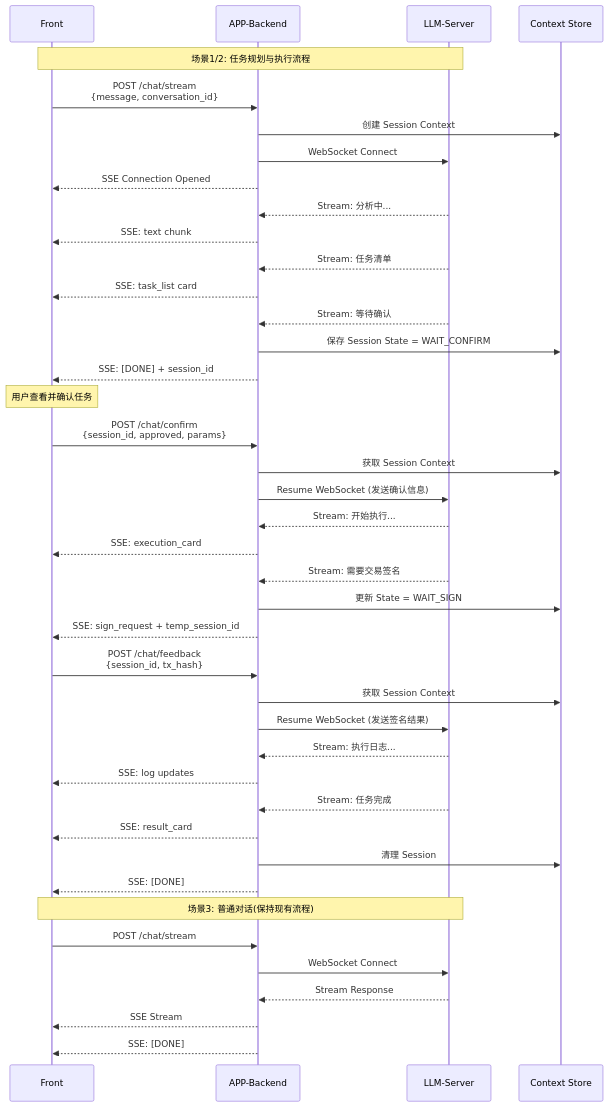
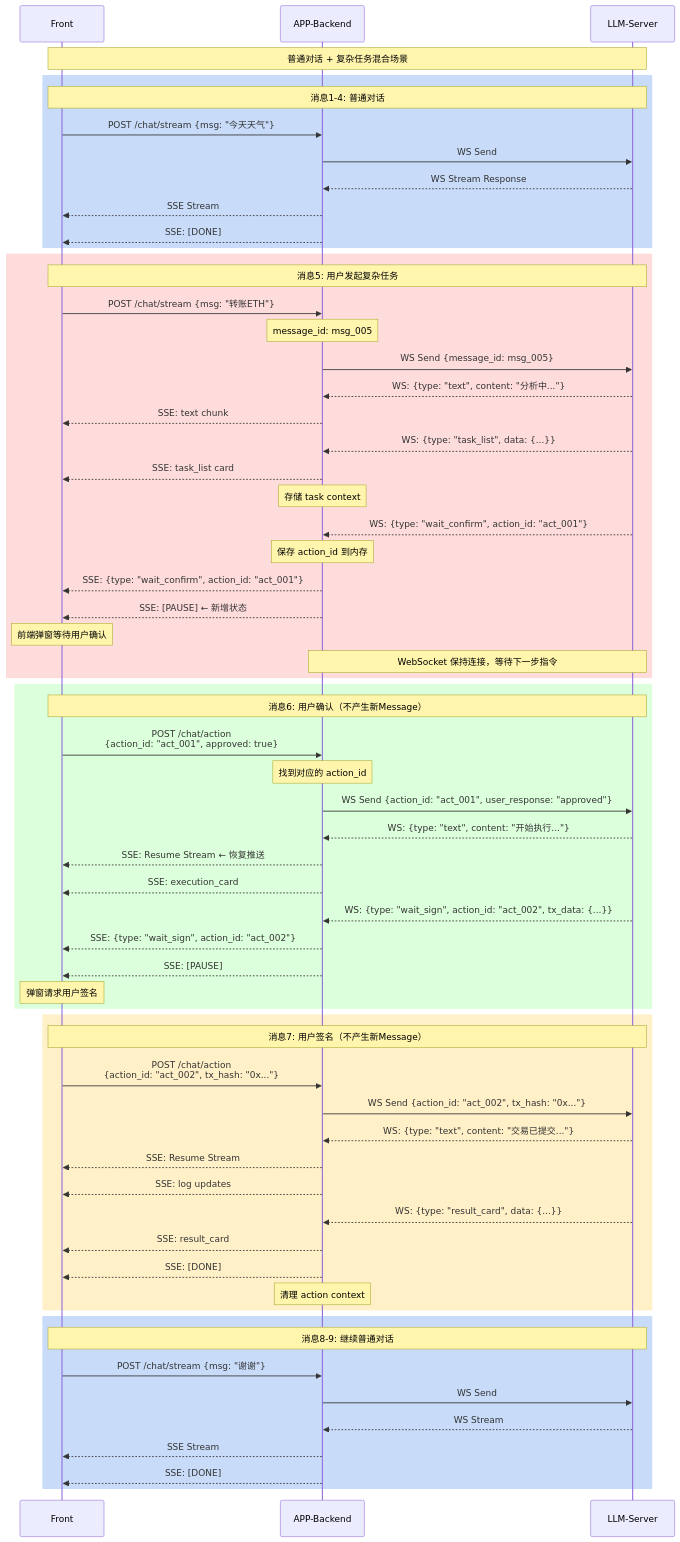
One commit to yingjianzh/iodraw-files changed the diagram in all/未命名-10.md. Above: the diagram before and after it, drawn with Mermaid.

Commit message:
2025-12-18 14:46:34 update

````diff
--- a/all/未命名-10.md
+++ b/all/未命名-10.md
@@ -1,57 +1,78 @@
 ```mermaid
 sequenceDiagram
     participant F as Front
     participant AB as APP-Backend
     participant LLM as LLM-Server
-    participant Store as Context Store
     
-    Note over F,LLM: 场景1/2: 任务规划与执行流程
+    Note over F,LLM: 普通对话 + 复杂任务混合场景
     
-    F->>AB: POST /chat/stream<br/>{message, conversation_id}
-    AB->>Store: 创建 Session Context
-    AB->>LLM: WebSocket Connect
-    AB-->>F: SSE Connection Opened
+    rect rgb(200, 220, 250)
+    Note over F,LLM: 消息1-4: 普通对话
+    F->>AB: POST /chat/stream {msg: "今天天气"}
+    AB->>LLM: WS Send
+    LLM-->>AB: WS Stream Response
+    AB-->>F: SSE Stream
+    AB-->>F: SSE: [DONE]
+    end
     
-    LLM-->>AB: Stream: 分析中...
+    rect rgb(255, 220, 220)
+    Note over F,LLM: 消息5: 用户发起复杂任务
+    F->>AB: POST /chat/stream {msg: "转账ETH"}
+    Note over AB: message_id: msg_005
+    AB->>LLM: WS Send {message_id: msg_005}
+    
+    LLM-->>AB: WS: {type: "text", content: "分析中..."}
     AB-->>F: SSE: text chunk
     
-    LLM-->>AB: Stream: 任务清单
+    LLM-->>AB: WS: {type: "task_list", data: {...}}
     AB-->>F: SSE: task_list card
+    Note over AB: 存储 task context
     
-    LLM-->>AB: Stream: 等待确认
-    AB->>Store: 保存 Session State = WAIT_CONFIRM
-    AB-->>F: SSE: [DONE] + session_id
+    LLM-->>AB: WS: {type: "wait_confirm", action_id: "act_001"}
+    Note over AB: 保存 action_id 到内存
+    AB-->>F: SSE: {type: "wait_confirm", action_id: "act_001"}
+    AB-->>F: SSE: [PAUSE] ← 新增状态
+    Note over F: 前端弹窗等待用户确认
+    Note over AB,LLM: WebSocket 保持连接，等待下一步指令
+    end
     
-    Note over F: 用户查看并确认任务
+    rect rgb(220, 255, 220)
+    Note over F,LLM: 消息6: 用户确认（不产生新Message）
+    F->>AB: POST /chat/action<br/>{action_id: "act_001", approved: true}
+    Note over AB: 找到对应的 action_id
+    AB->>LLM: WS Send {action_id: "act_001", user_response: "approved"}
     
-    F->>AB: POST /chat/confirm<br/>{session_id, approved, params}
-    AB->>Store: 获取 Session Context
-    AB->>LLM: Resume WebSocket (发送确认信息)
-    
-    LLM-->>AB: Stream: 开始执行...
+    LLM-->>AB: WS: {type: "text", content: "开始执行..."}
+    AB-->>F: SSE: Resume Stream ← 恢复推送
     AB-->>F: SSE: execution_card
     
-    LLM-->>AB: Stream: 需要交易签名
-    AB->>Store: 更新 State = WAIT_SIGN
-    AB-->>F: SSE: sign_request + temp_session_id
+    LLM-->>AB: WS: {type: "wait_sign", action_id: "act_002", tx_data: {...}}
+    AB-->>F: SSE: {type: "wait_sign", action_id: "act_002"}
+    AB-->>F: SSE: [PAUSE]
+    Note over F: 弹窗请求用户签名
+    end
     
-    F->>AB: POST /chat/feedback<br/>{session_id, tx_hash}
-    AB->>Store: 获取 Session Context
-    AB->>LLM: Resume WebSocket (发送签名结果)
+    rect rgb(255, 240, 200)
+    Note over F,LLM: 消息7: 用户签名（不产生新Message）
+    F->>AB: POST /chat/action<br/>{action_id: "act_002", tx_hash: "0x..."}
+    AB->>LLM: WS Send {action_id: "act_002", tx_hash: "0x..."}
     
-    LLM-->>AB: Stream: 执行日志...
+    LLM-->>AB: WS: {type: "text", content: "交易已提交..."}
+    AB-->>F: SSE: Resume Stream
     AB-->>F: SSE: log updates
     
-    LLM-->>AB: Stream: 任务完成
+    LLM-->>AB: WS: {type: "result_card", data: {...}}
     AB-->>F: SSE: result_card
-    AB->>Store: 清理 Session
     AB-->>F: SSE: [DONE]
+    Note over AB: 清理 action context
+    end
     
-    Note over F,LLM: 场景3: 普通对话(保持现有流程)
-    
-    F->>AB: POST /chat/stream
-    AB->>LLM: WebSocket Connect
-    LLM-->>AB: Stream Response
+    rect rgb(200, 220, 250)
+    Note over F,LLM: 消息8-9: 继续普通对话
+    F->>AB: POST /chat/stream {msg: "谢谢"}
+    AB->>LLM: WS Send
+    LLM-->>AB: WS Stream
     AB-->>F: SSE Stream
     AB-->>F: SSE: [DONE]
+    end
 ```
````
